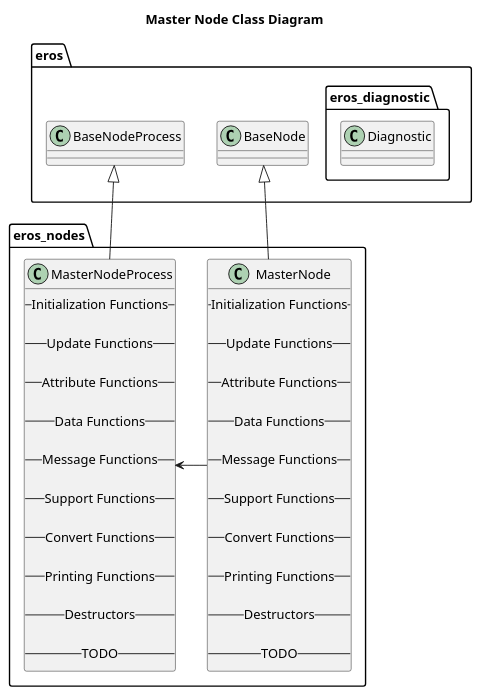
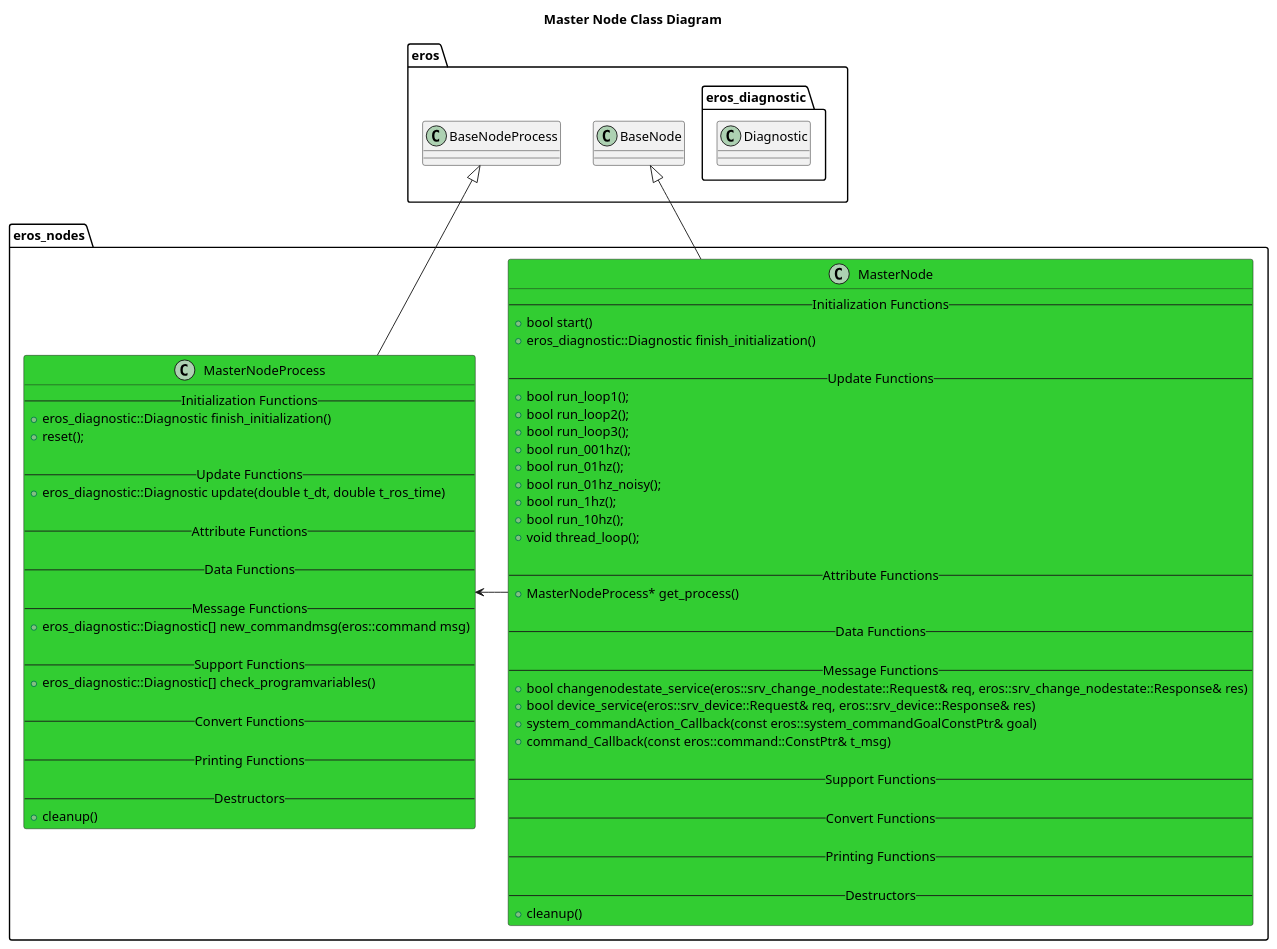
Before and after one commit to dgitz/eros: the diagram in nodes/MasterNode/doc/MasterNodeClassDiagram.puml, drawn with PlantUML. The commit also changed 3 other files, not shown here.

```diff
--- a/nodes/MasterNode/doc/MasterNodeClassDiagram.puml
+++ b/nodes/MasterNode/doc/MasterNodeClassDiagram.puml
@@ -1,59 +1,78 @@
 @startuml
 title Master Node Class Diagram
 package eros {
     class BaseNode
     class BaseNodeProcess
     namespace eros_diagnostic {
         class Diagnostic
     }
 }
 namespace eros_nodes {
-    class MasterNode {
+    class MasterNode #LimeGreen {
         -- Initialization Functions --
+        +bool start()
+        +eros_diagnostic::Diagnostic finish_initialization()
 
         -- Update Functions --
+        +bool run_loop1();
+        +bool run_loop2();
+        +bool run_loop3();
+        +bool run_001hz();
+        +bool run_01hz();
+        +bool run_01hz_noisy();
+        +bool run_1hz();
+        +bool run_10hz();
+        +void thread_loop();
 
         -- Attribute Functions --
+        +MasterNodeProcess* get_process()
 
         -- Data Functions --
 
         -- Message Functions --
+        +bool changenodestate_service(eros::srv_change_nodestate::Request& req, eros::srv_change_nodestate::Response& res)
+        +bool device_service(eros::srv_device::Request& req, eros::srv_device::Response& res)
+        +system_commandAction_Callback(const eros::system_commandGoalConstPtr& goal)
+        +command_Callback(const eros::command::ConstPtr& t_msg)
 
         -- Support Functions --
 
         -- Convert Functions --
         
         -- Printing Functions --
 
         -- Destructors --
-
-        -- TODO --
+        +cleanup()
     }
-    class MasterNodeProcess {
+    class MasterNodeProcess #LimeGreen {
         -- Initialization Functions --
+        +eros_diagnostic::Diagnostic finish_initialization()
+        +reset();
 
         -- Update Functions --
+        +eros_diagnostic::Diagnostic update(double t_dt, double t_ros_time)
 
         -- Attribute Functions --
 
         -- Data Functions --
 
         -- Message Functions --
+        +eros_diagnostic::Diagnostic[] new_commandmsg(eros::command msg)
 
         -- Support Functions --
+        +eros_diagnostic::Diagnostic[] check_programvariables()
 
         -- Convert Functions --
         
         -- Printing Functions --
 
         -- Destructors --
-
-        -- TODO --
+        +cleanup()
     }
 
     BaseNode <|-- MasterNode
     BaseNodeProcess <|-- MasterNodeProcess
     MasterNode -> MasterNodeProcess 
 }
 
 @enduml
```
